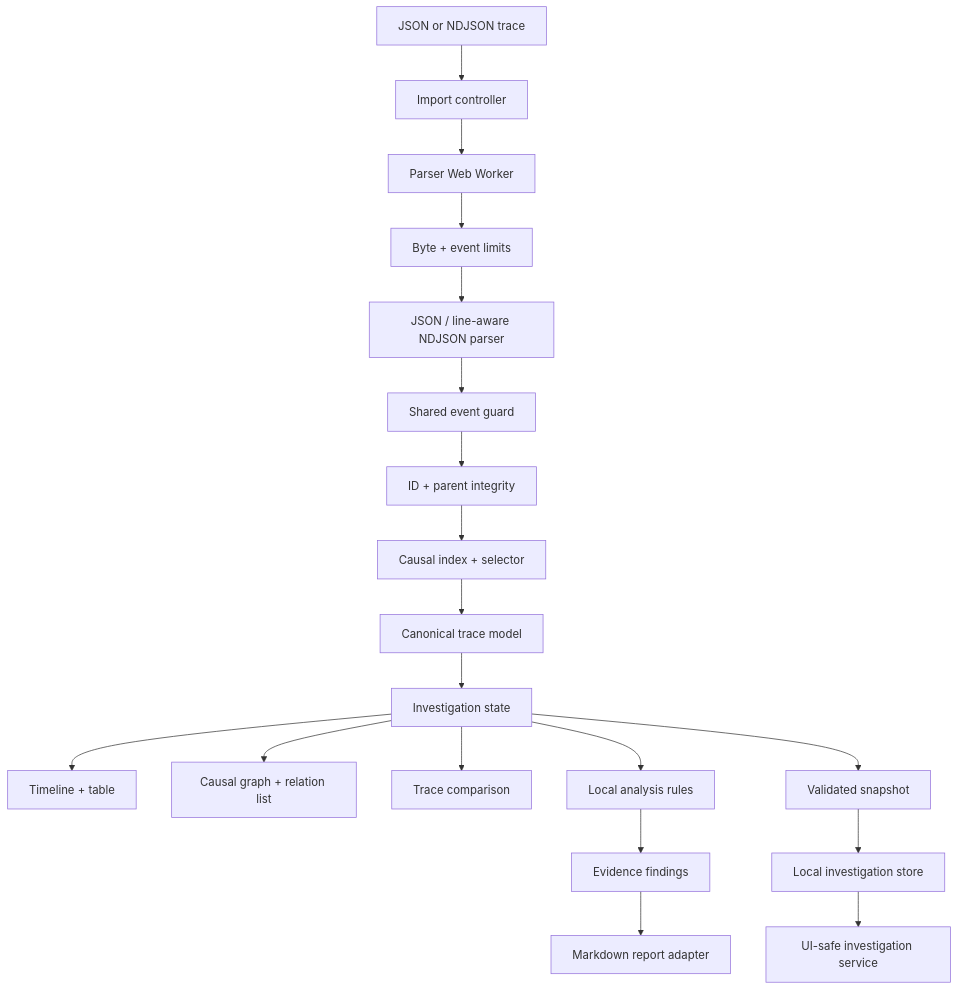
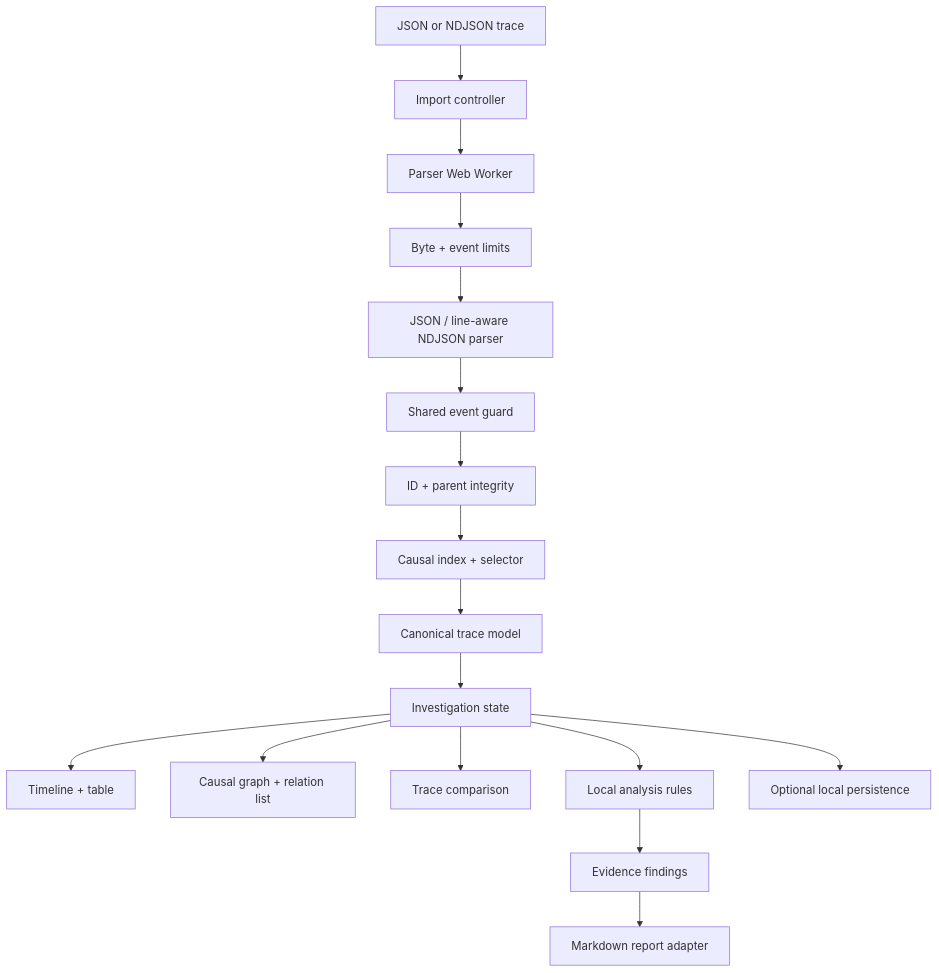
The first of 2 diagrams in eventweave/docs/architecture.md (ASKR04/JavaScript), drawn with Mermaid before and after one commit. The commit also changed other lines of this file and 2 other files, not shown here.

````diff
--- a/eventweave/docs/architecture.md
+++ b/eventweave/docs/architecture.md
@@ -16,21 +16,19 @@
 ```mermaid
 flowchart TB
     File["JSON or NDJSON trace"] --> UI["Import controller"]
     UI --> Worker["Parser Web Worker"]
     Worker --> Limits["Byte + event limits"]
     Limits --> Syntax["JSON / line-aware NDJSON parser"]
     Syntax --> Guard["Shared event guard"]
     Guard --> Identity["ID + parent integrity"]
     Identity --> Causal["Causal index + selector"]
     Causal --> Normalize["Canonical trace model"]
     Normalize --> Store["Investigation state"]
     Store --> Timeline["Timeline + table"]
     Store --> Graph["Causal graph + relation list"]
     Store --> Compare["Trace comparison"]
     Store --> Heuristics["Local analysis rules"]
     Heuristics --> Findings["Evidence findings"]
     Findings --> Report["Markdown report adapter"]
-    Store --> Snapshot["Validated snapshot"]
-    Snapshot --> IndexedDB["Local investigation store"]
-    IndexedDB --> Service["UI-safe investigation service"]
+    Store --> IndexedDB["Optional local persistence"]
 ```
````
